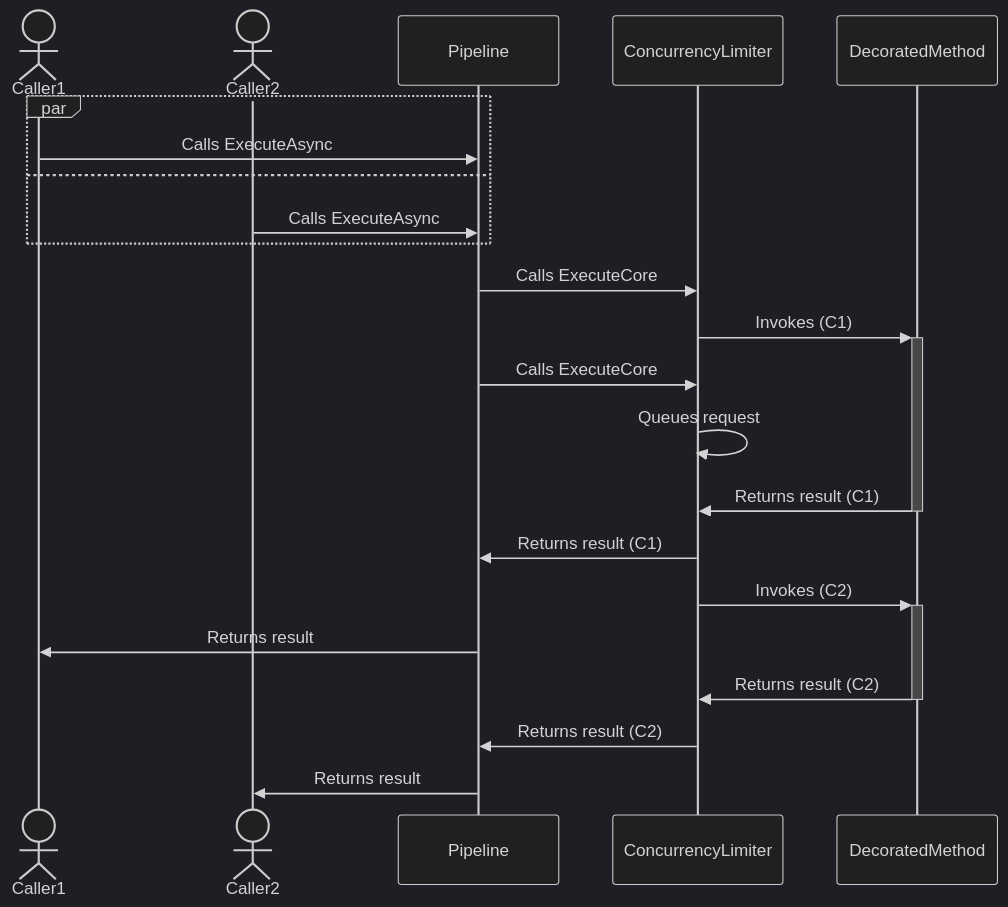
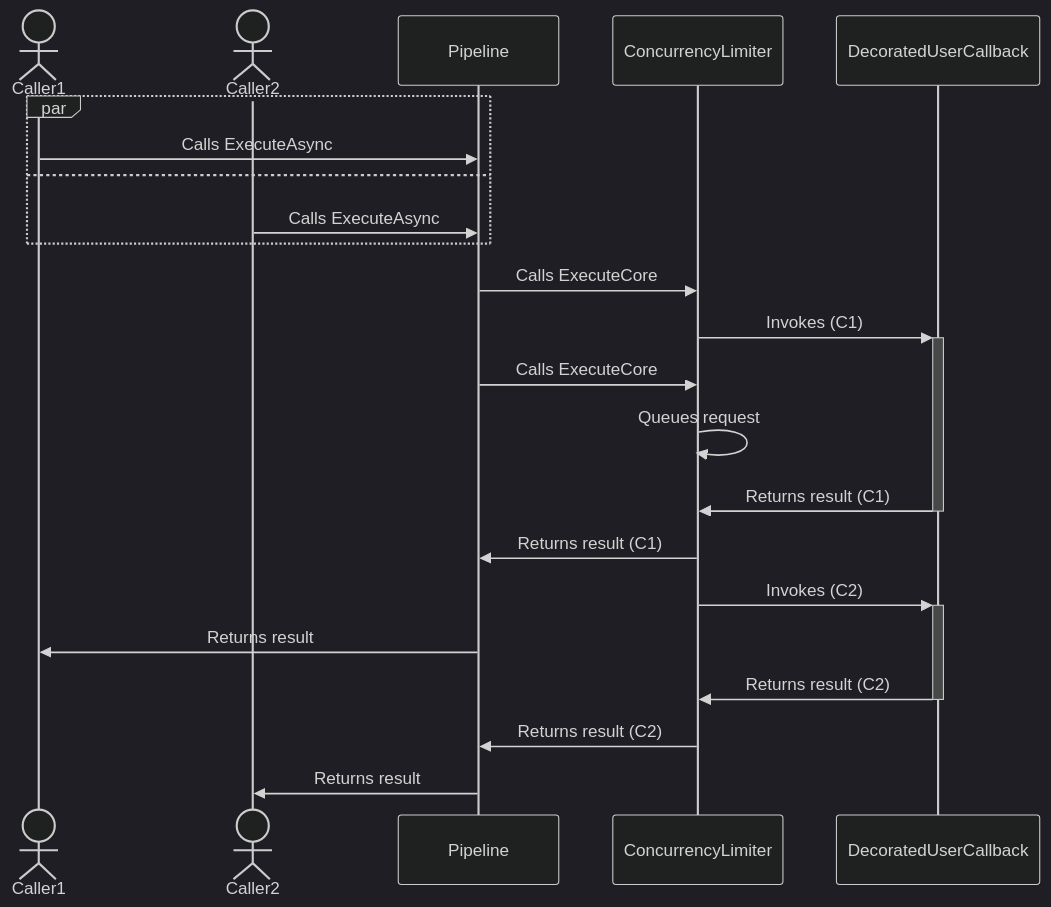
One commit to App-vNext/Polly changed the third of 4 diagrams in docs/strategies/rate-limiter.md. Above: the diagram before and after it, drawn with Mermaid. The commit also changed other lines of this file and 3 other files, not shown here.

Commit message:
Rename decorated method to decorated user callback

````diff
--- a/docs/strategies/rate-limiter.md
+++ b/docs/strategies/rate-limiter.md
@@ -144,28 +144,28 @@
 ```mermaid
 %%{init: {'theme':'dark'}}%%
 sequenceDiagram
     actor C1 as Caller1
     actor C2 as Caller2
     participant P as Pipeline
     participant CL as ConcurrencyLimiter
-    participant DM as DecoratedMethod
+    participant D as DecoratedUserCallback
 
     par
     C1->>P: Calls ExecuteAsync
     and
     C2->>P: Calls ExecuteAsync
     end
 
     P->>CL: Calls ExecuteCore
-    CL->>+DM: Invokes (C1)
+    CL->>+D: Invokes (C1)
     P->>CL: Calls ExecuteCore
     CL->>CL: Queues request
 
-    DM->>-CL: Returns result (C1)
+    D->>-CL: Returns result (C1)
     CL->>P: Returns result (C1)
-    CL->>+DM: Invokes (C2)
+    CL->>+D: Invokes (C2)
     P->>C1: Returns result
-    DM->>-CL: Returns result (C2)
+    D->>-CL: Returns result (C2)
     CL->>P: Returns result (C2)
     P->>C2: Returns result
 ```
````
